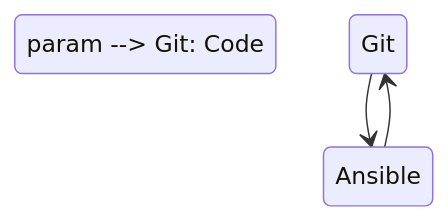
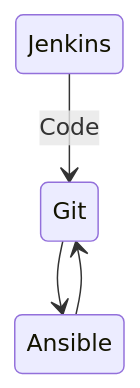
The diagram in README.md (Lifailon/Deploy-PS-Module), drawn with Mermaid before and after one commit.

Commit message:
test state

````diff
--- a/README.md
+++ b/README.md
@@ -7,6 +7,6 @@
 ```mermaid
 stateDiagram-v2
-    Jenkins: param --> Git: Code
+    Jenkins --> Git: Code
     Git --> Ansible
     Ansible --> Git
 ```
````
